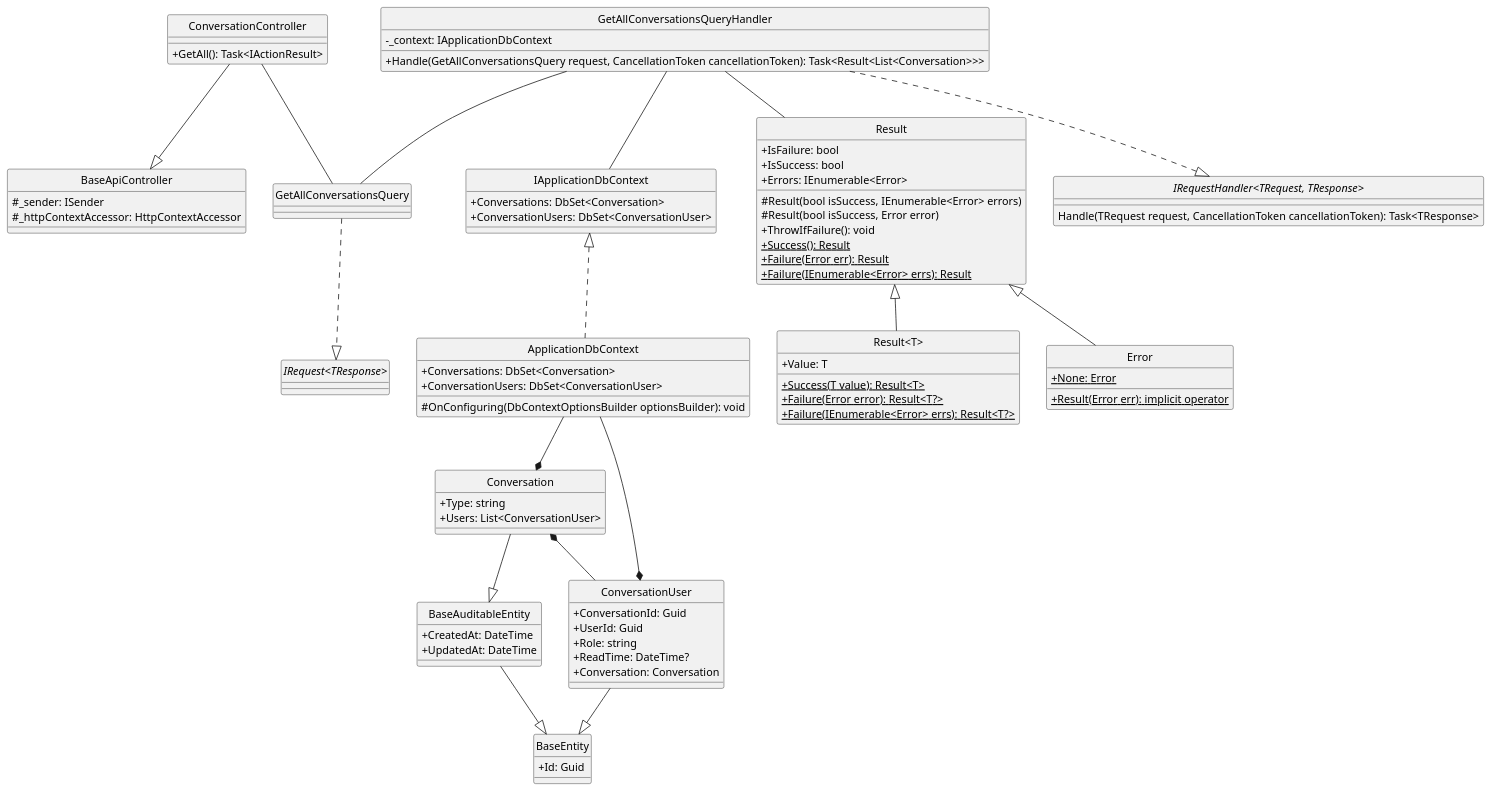
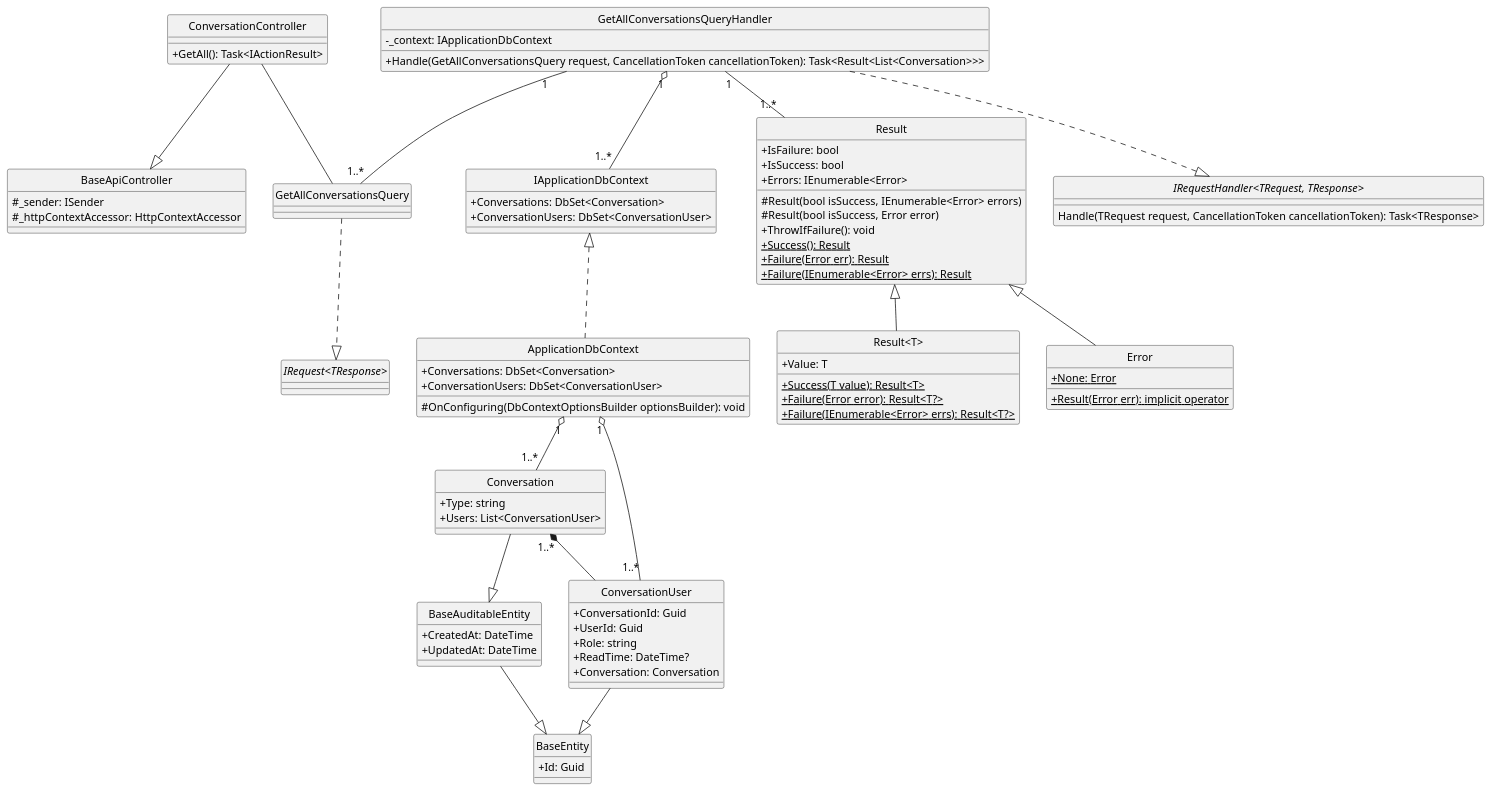
The diagram in docs/Class Diagram/Conversation/GetAll/ClassDiagram.plantuml (Carl-Johnsons/Chat-Application), drawn with PlantUML before and after one commit. The commit also changed 5 other files, not shown here.

```diff
--- a/docs/Class Diagram/Conversation/GetAll/ClassDiagram.plantuml
+++ b/docs/Class Diagram/Conversation/GetAll/ClassDiagram.plantuml
@@ -1,104 +1,104 @@
-@startuml getAllConversation
+@startuml
 hide circle
 skinparam classAttributeIconSize 0
 
 class BaseApiController {
     #_sender: ISender
     #_httpContextAccessor: HttpContextAccessor 
 }
 
 class ConversationController {
     +GetAll(): Task<IActionResult>
 }
 
 class GetAllConversationsQuery {}
 
 class GetAllConversationsQueryHandler {
     -_context: IApplicationDbContext
     +Handle(GetAllConversationsQuery request, CancellationToken cancellationToken): Task<Result<List<Conversation>>>
 }
 
 class IApplicationDbContext {
     +Conversations: DbSet<Conversation>
     +ConversationUsers: DbSet<ConversationUser>
 }
 
 class ApplicationDbContext {
     +Conversations: DbSet<Conversation>
     +ConversationUsers: DbSet<ConversationUser>
     #OnConfiguring(DbContextOptionsBuilder optionsBuilder): void
 }
 
 class Result {
     +IsFailure: bool
     +IsSuccess: bool
     +Errors: IEnumerable<Error>
     #Result(bool isSuccess, IEnumerable<Error> errors)
     #Result(bool isSuccess, Error error)
     +ThrowIfFailure(): void
     +{static} Success(): Result 
     +{static} Failure(Error err): Result
     +{static} Failure(IEnumerable<Error> errs): Result
 }
 
 class "Result<T>" {
     +Value: T
     +{static} Success(T value): Result<T>
     +{static} Failure(Error error): Result<T?>
     +{static} Failure(IEnumerable<Error> errs): Result<T?>
 }
 
 class Error {
     +{static} None: Error
     +{static} Result(Error err): implicit operator
 }
 
 class BaseEntity {
     +Id: Guid
 }
 
 class BaseAuditableEntity{
     +CreatedAt: DateTime
     +UpdatedAt: DateTime
 }
 
 class Conversation {
     +Type: string
     +Users: List<ConversationUser>
 }
 
 class ConversationUser {
     +ConversationId: Guid
     +UserId: Guid
     +Role: string 
     +ReadTime: DateTime?
     +Conversation: Conversation
 }
 
 interface "IRequest<TResponse>"
 interface "IRequestHandler<TRequest, TResponse>"{
     Handle(TRequest request, CancellationToken cancellationToken): Task<TResponse>
 }
 
 '==== Get All Conversation ====
 'API Layer
 ConversationController --|> BaseApiController
 ConversationController -- GetAllConversationsQuery
 'Application Layer
 GetAllConversationsQuery ..|> "IRequest<TResponse>"
 GetAllConversationsQueryHandler ..|> "IRequestHandler<TRequest, TResponse>"
-GetAllConversationsQueryHandler -- GetAllConversationsQuery
-GetAllConversationsQueryHandler -- Result
-GetAllConversationsQueryHandler -- IApplicationDbContext
+GetAllConversationsQueryHandler "1" --"1..*" GetAllConversationsQuery
+GetAllConversationsQueryHandler "1" --"1..*" Result
+GetAllConversationsQueryHandler "1" o--"1..*" IApplicationDbContext
 'Domain Layer
 Result <|-- Error
 Result <|-- "Result<T>"
 ConversationUser --|> BaseEntity
 Conversation --|> BaseAuditableEntity
-Conversation *-- ConversationUser
+Conversation "1..*"*-- ConversationUser
 BaseAuditableEntity --|>BaseEntity
 'Infrastructure Layer
 IApplicationDbContext <|.. ApplicationDbContext
-ApplicationDbContext --* ConversationUser
-ApplicationDbContext --* Conversation
+ApplicationDbContext "1" o--"1..*" ConversationUser
+ApplicationDbContext "1" o--"1..*" Conversation
 @enduml
```
